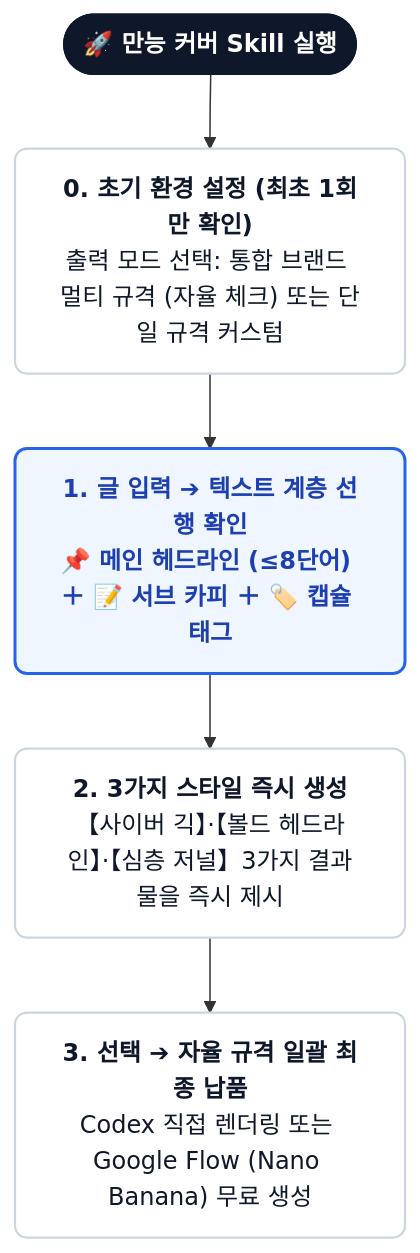
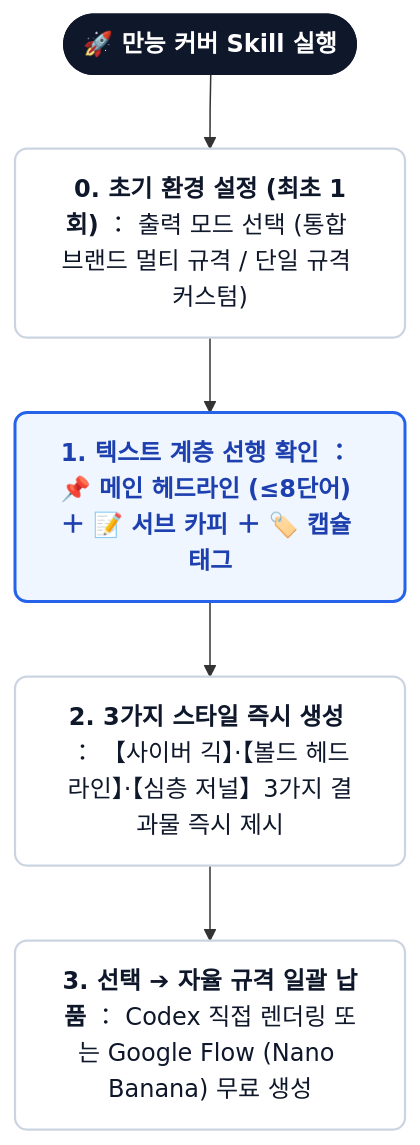
Before and after one commit to kaomei/cover-studio: the first of 2 diagrams in README.ko.md, drawn with Mermaid. The commit also changed 7 other files, not shown here.

Commit message:
style(docs): format workflow diagram into ultra-clean, wide single-line horizontal cards without awkward character wrapping

````diff
--- a/README.ko.md
+++ b/README.ko.md
@@ -58,13 +58,13 @@
 ```mermaid
 flowchart TD
     classDef default fill:#ffffff,stroke:#e2e8f0,stroke-width:1.5px,color:#1e293b,rx:8px,ry:8px;
     classDef startNode fill:#0f172a,stroke:#0f172a,stroke-width:2px,color:#ffffff,font-weight:bold,rx:20px,ry:20px;
     classDef stepNode fill:#ffffff,stroke:#cbd5e1,stroke-width:1.5px,color:#0f172a,rx:8px,ry:8px;
     classDef highlightNode fill:#eff6ff,stroke:#2563eb,stroke-width:2px,color:#1e40af,font-weight:bold,rx:8px,ry:8px;
 
     A0(["🚀 만능 커버 Skill 실행"]):::startNode
-    --> A1["<b>0. 초기 환경 설정 (최초 1회만 확인)</b><br/>출력 모드 선택: 통합 브랜드 멀티 규격 (자율 체크) 또는 단일 규격 커스텀"]:::stepNode
-    --> A2["<b>1. 글 입력 ➔ 텍스트 계층 선행 확인</b><br/>📌 메인 헤드라인 (≤8단어) ＋ 📝 서브 카피 ＋ 🏷️ 캡슐 태그"]:::highlightNode
-    --> A3["<b>2. 3가지 스타일 즉시 생성</b><br/>【사이버 긱】·【볼드 헤드라인】·【심층 저널】3가지 결과물을 즉시 제시"]:::stepNode
-    --> A4["<b>3. 선택 ➔ 자율 규격 일괄 최종 납품</b><br/>Codex 직접 렌더링 또는 Google Flow (Nano Banana) 무료 생성"]:::stepNode
+    --> A1["<b>0. 초기 환경 설정 (최초 1회)</b> ： 출력 모드 선택 (통합 브랜드 멀티 규격 / 단일 규격 커스텀)"]:::stepNode
+    --> A2["<b>1. 텍스트 계층 선행 확인</b> ： 📌 메인 헤드라인 (≤8단어) ＋ 📝 서브 카피 ＋ 🏷️ 캡슐 태그"]:::highlightNode
+    --> A3["<b>2. 3가지 스타일 즉시 생성</b> ： 【사이버 긱】·【볼드 헤드라인】·【심층 저널】3가지 결과물 즉시 제시"]:::stepNode
+    --> A4["<b>3. 선택 ➔ 자율 규격 일괄 납품</b> ： Codex 직접 렌더링 또는 Google Flow (Nano Banana) 무료 생성"]:::stepNode
 ```
````
